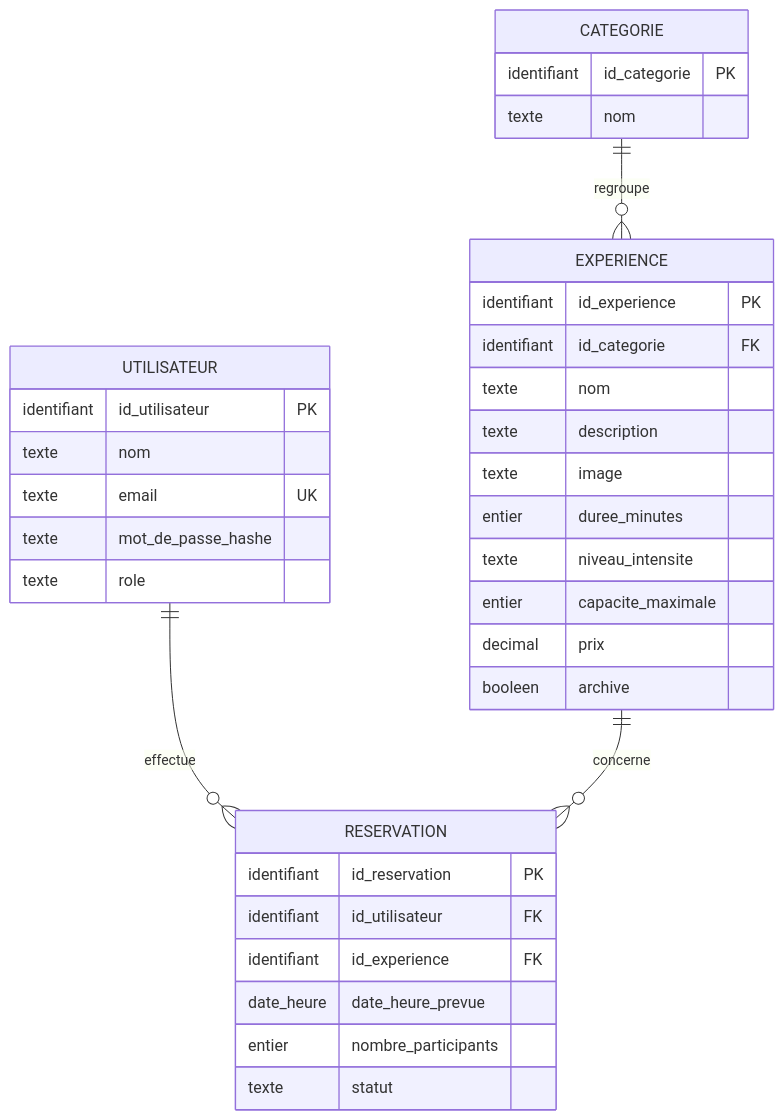
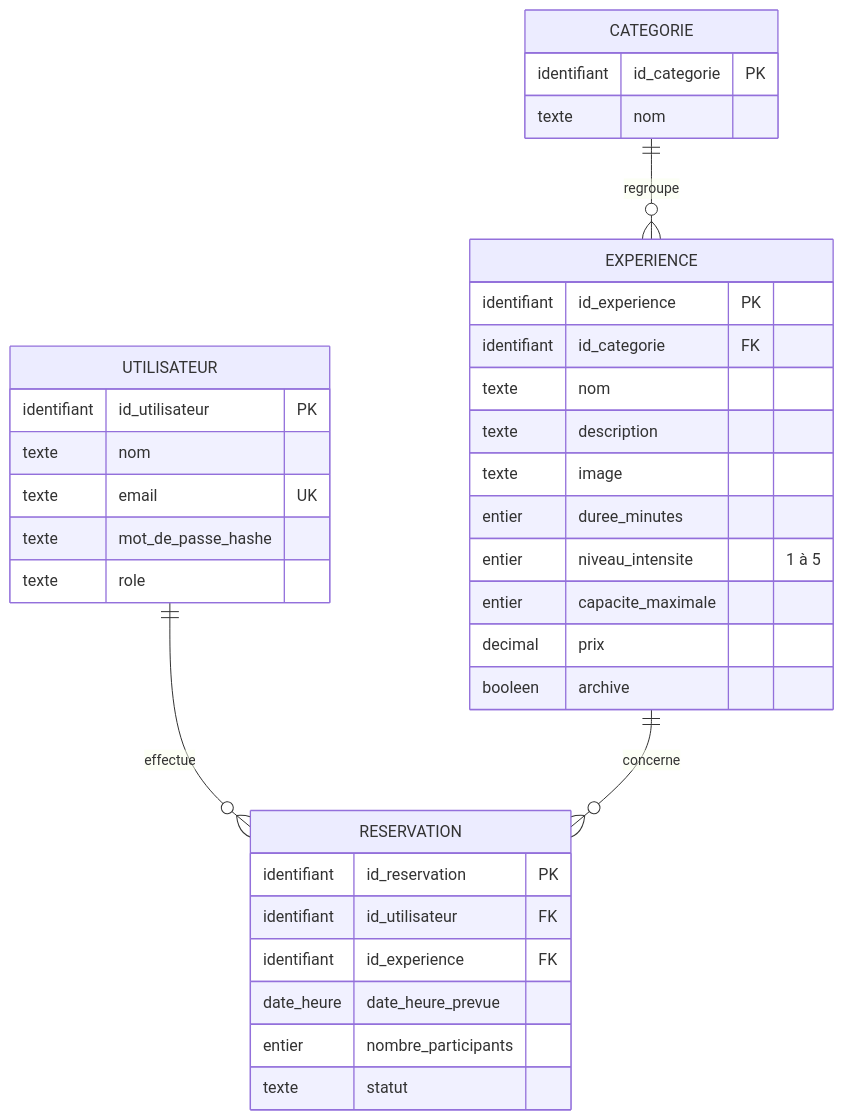
One commit to ClaymeCall/holbertonschool-nightfall changed the diagram in docs/database.md. Above: the diagram before and after it, drawn with Mermaid. The commit also changed 12 other files, not shown here.

````diff
--- a/docs/database.md
+++ b/docs/database.md
@@ -3,41 +3,41 @@
 ```mermaid
 erDiagram
     UTILISATEUR ||--o{ RESERVATION : effectue
     EXPERIENCE ||--o{ RESERVATION : concerne
     CATEGORIE ||--o{ EXPERIENCE : regroupe
 
     UTILISATEUR {
         identifiant id_utilisateur PK
         texte nom
         texte email UK
         texte mot_de_passe_hashe
         texte role
     }
 
     CATEGORIE {
         identifiant id_categorie PK
         texte nom
     }
 
     EXPERIENCE {
         identifiant id_experience PK
         identifiant id_categorie FK
         texte nom
         texte description
         texte image
         entier duree_minutes
-        texte niveau_intensite
+        entier niveau_intensite "1 à 5"
         entier capacite_maximale
         decimal prix
         booleen archive
     }
 
     RESERVATION {
         identifiant id_reservation PK
         identifiant id_utilisateur FK
         identifiant id_experience FK
         date_heure date_heure_prevue
         entier nombre_participants
         texte statut
     }
 ```
````
